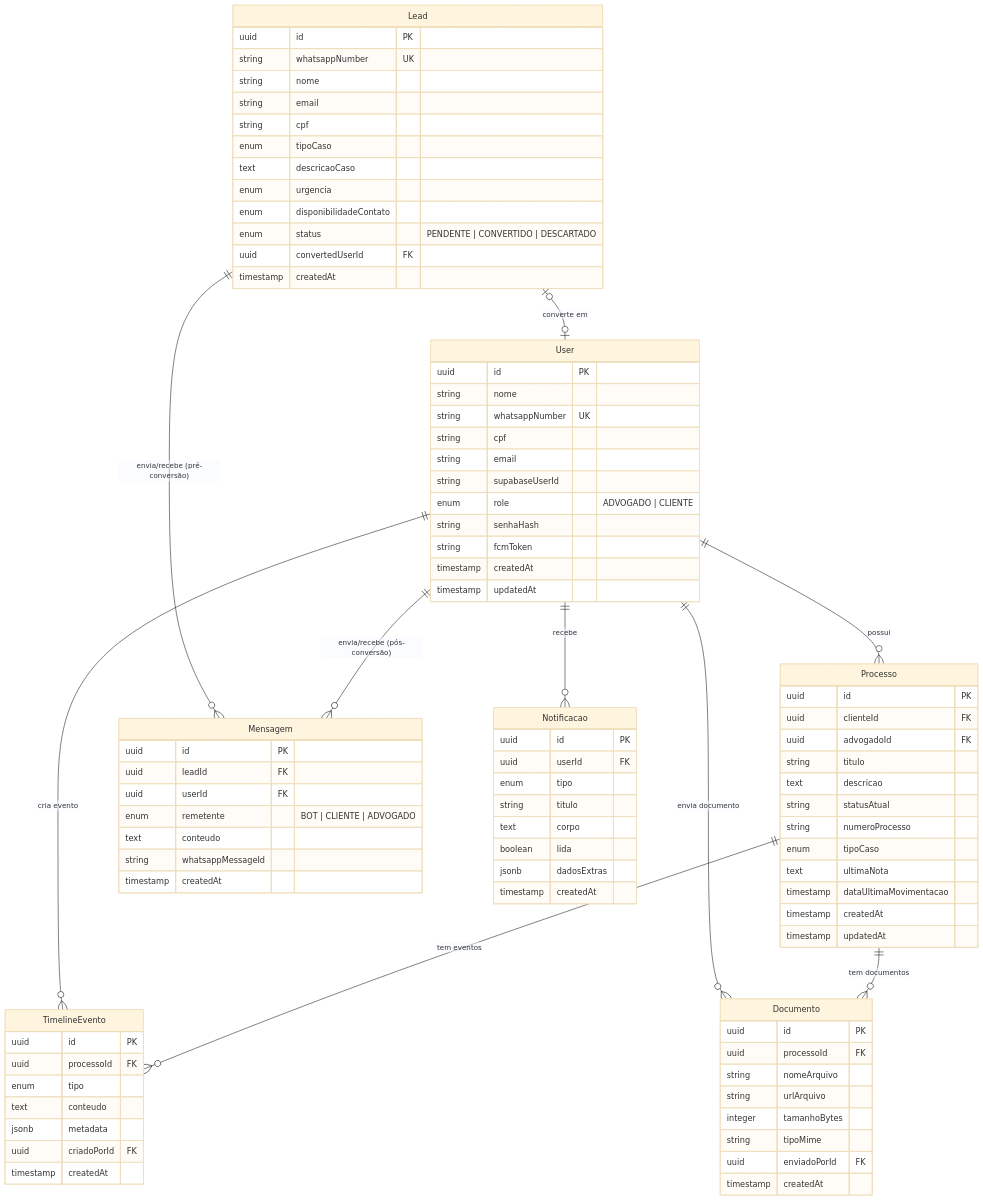
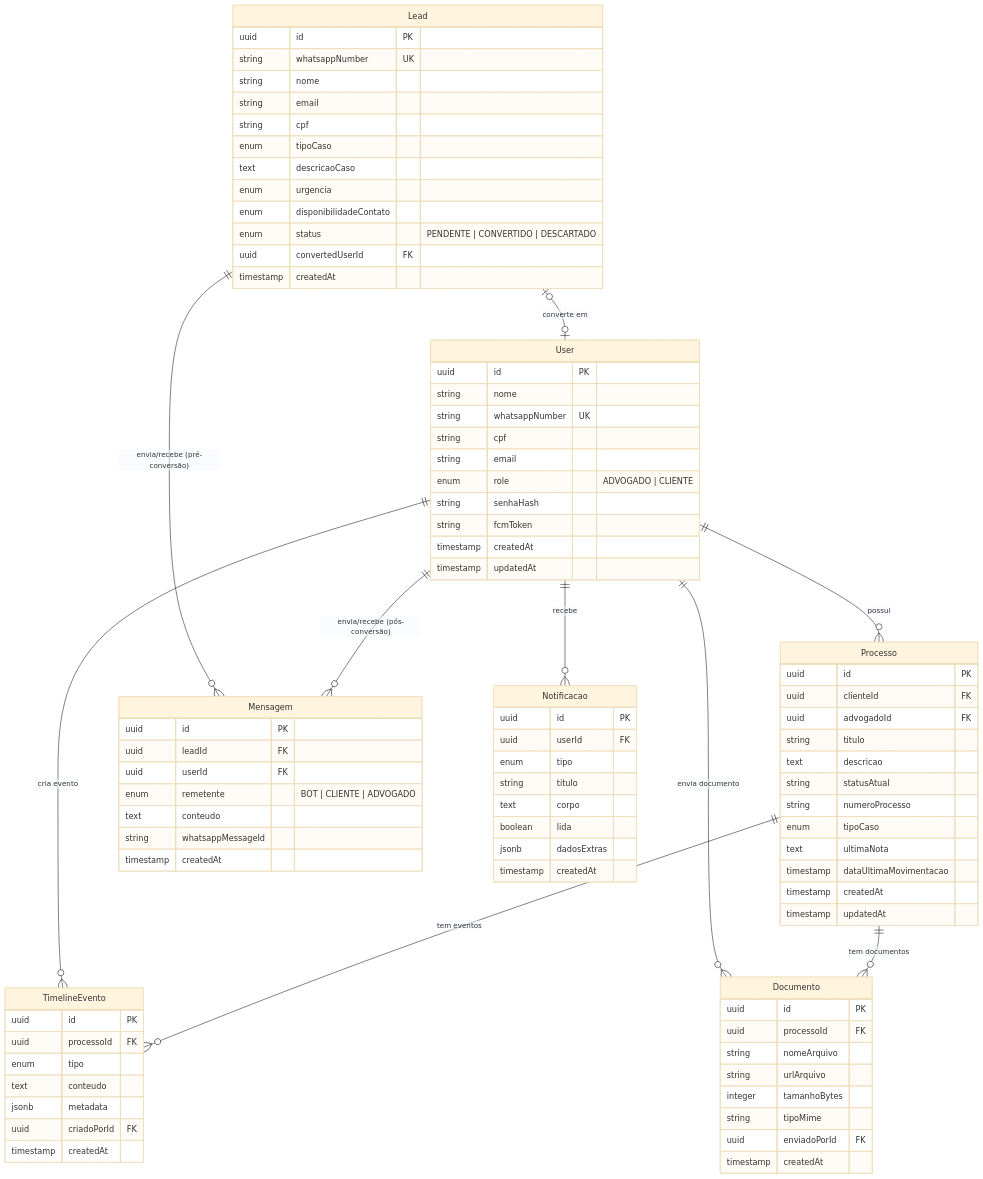
The second of 3 diagrams in documentation/architecture.md (gitmachado/themis-aurora-g5), drawn with Mermaid (base theme) before and after one commit. The commit also changed other lines of this file and 6 other files, not shown here.

```diff
--- a/documentation/architecture.md
+++ b/documentation/architecture.md
@@ -106,7 +106,6 @@
         string whatsappNumber UK
         string cpf
         string email
-        string supabaseUserId
         enum role "ADVOGADO | CLIENTE"
         string senhaHash
         string fcmToken
```
